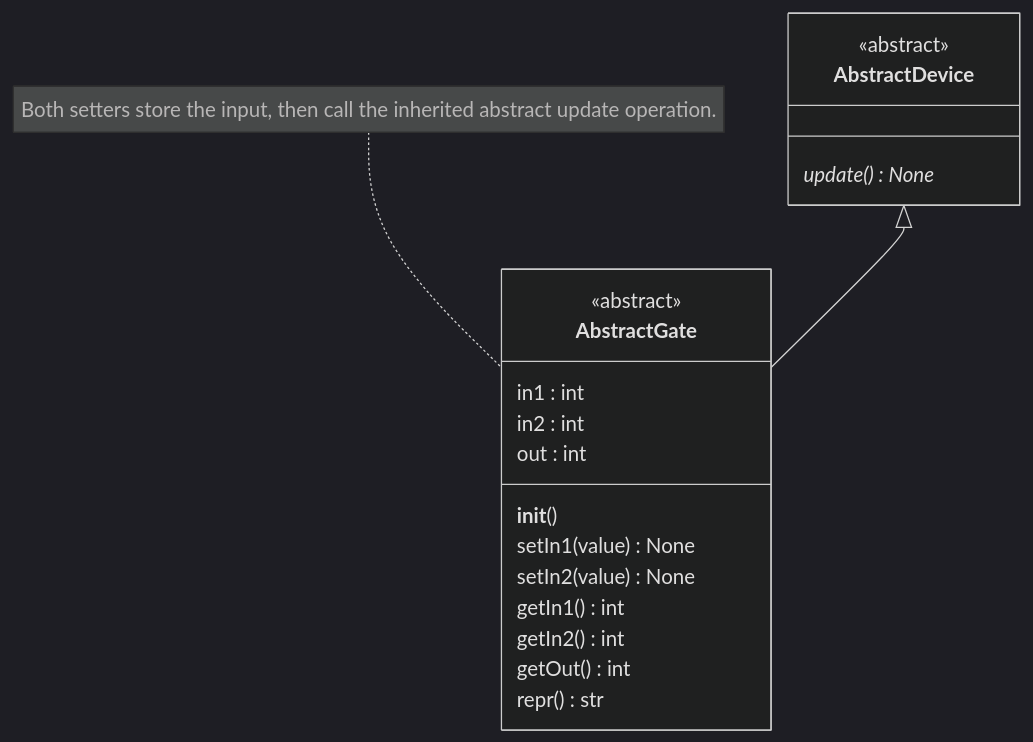
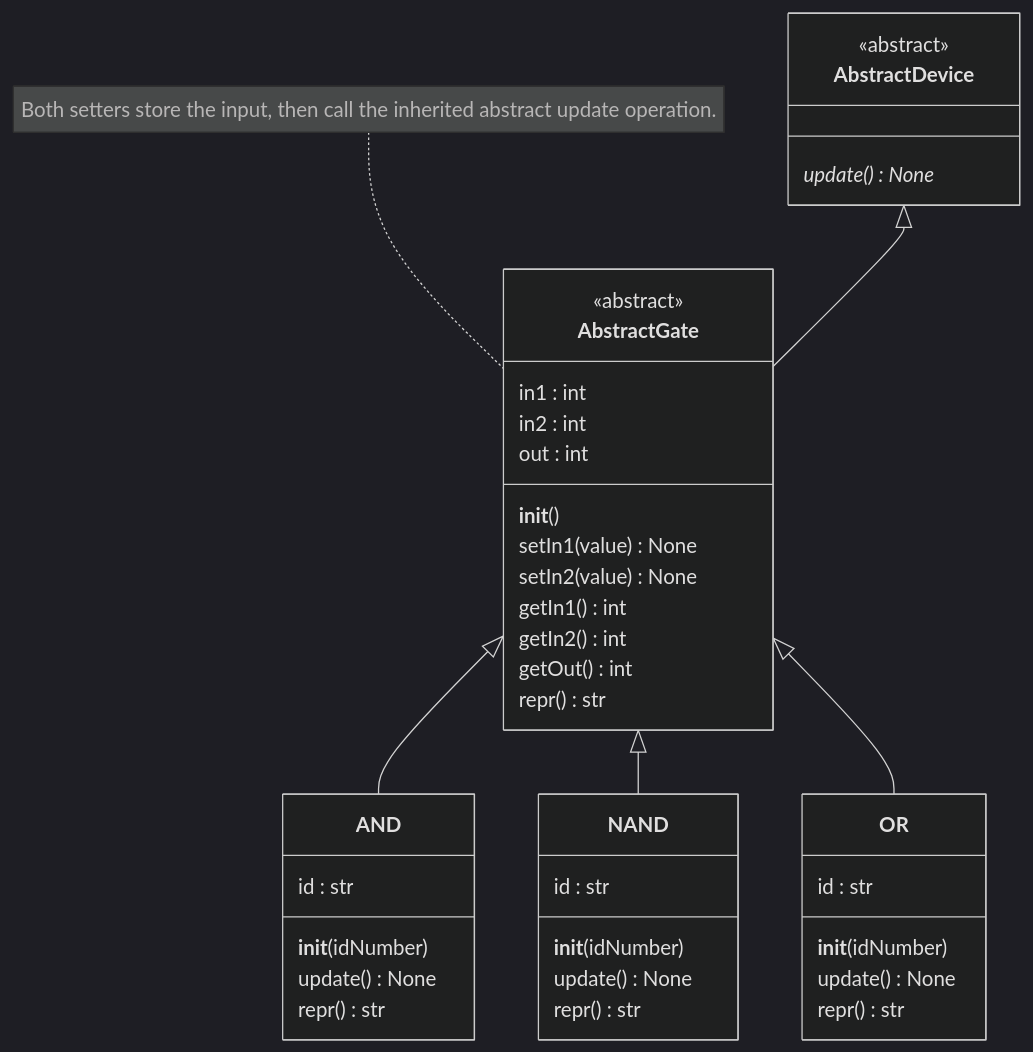
One commit to allenbaby/CSC-582-A1 changed the diagram in design/class_diagram.mmd. Above: the diagram before and after it, drawn with Mermaid (dark theme). The commit also changed 10 other files, not shown here.

```diff
--- a/design/class_diagram.mmd
+++ b/design/class_diagram.mmd
@@ -1,22 +1,43 @@
 %% Incremental diagram: implemented production classes only.
 %% Extend with primitives and composition as those stages are implemented.
 classDiagram
     class AbstractDevice {
         <<abstract>>
         update()* None
     }
     class AbstractGate {
         <<abstract>>
         in1 : int
         in2 : int
         out : int
         __init__()
         setIn1(value) None
         setIn2(value) None
         getIn1() int
         getIn2() int
         getOut() int
         repr() str
     }
     AbstractDevice <|-- AbstractGate
+    class AND {
+        id : str
+        __init__(idNumber)
+        update() None
+        repr() str
+    }
+    class NAND {
+        id : str
+        __init__(idNumber)
+        update() None
+        repr() str
+    }
+    class OR {
+        id : str
+        __init__(idNumber)
+        update() None
+        repr() str
+    }
+    AbstractGate <|-- AND
+    AbstractGate <|-- NAND
+    AbstractGate <|-- OR
     note for AbstractGate "Both setters store the input, then call the inherited abstract update operation."
```
